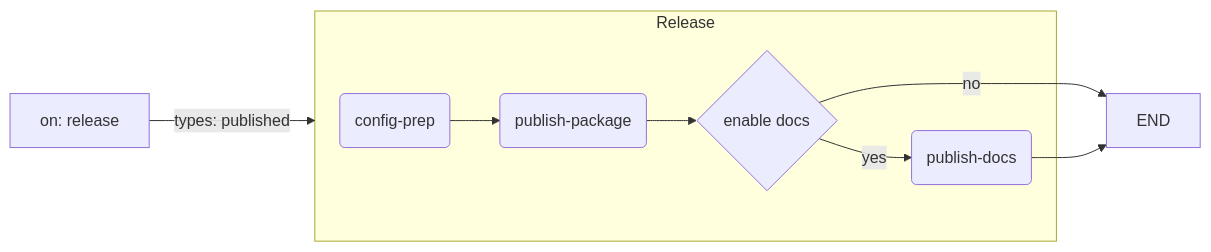
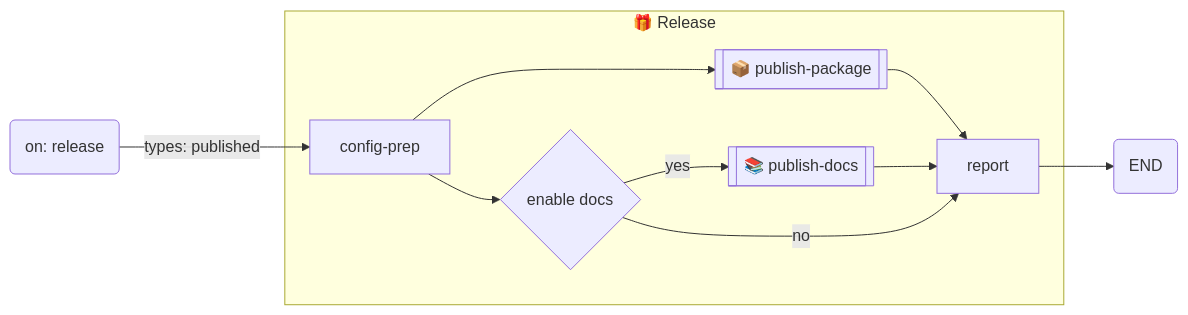
Before and after one commit to Hasenpfote/github-actions-testing: the third of 3 diagrams in .github/workflows.md, drawn with Mermaid. The commit also changed other lines of this file, not shown here.

````diff
--- a/.github/workflows.md
+++ b/.github/workflows.md
@@ -72,21 +64,22 @@
 ```mermaid
 flowchart LR
-  release[on: release]
+  release(on: release)
 
-  subgraph Release
-    config-prep(config-prep)
-    publish-package(publish-package)
+  subgraph "🎁 Release"
+    config-prep[config-prep]
+    publish-package[["📦 publish-package"]]
     cond{enable docs}
-    publish-docs(publish-docs)
+    publish-docs[["📚 publish-docs"]]
+    report[report]
 
-    config-prep --> publish-package
-    publish-package --> cond
+    config-prep --> publish-package & cond
     cond --> |yes| publish-docs
   end
 
-  End[END]
+  End(END)
 
-  release --> |types: published| Release
-  cond --> |no| End
-  publish-docs --> End
+  release --> |types: published| config-prep
+  publish-package & publish-docs --> report
+  cond --> |no| report
+  report --> End
 ```
````
